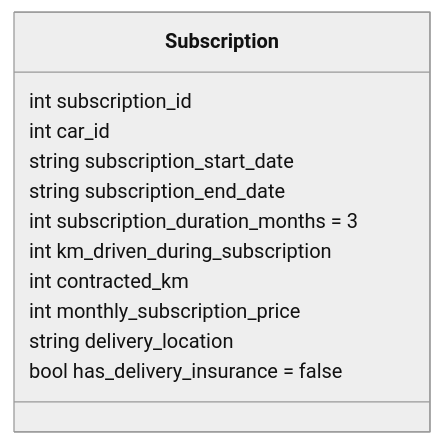
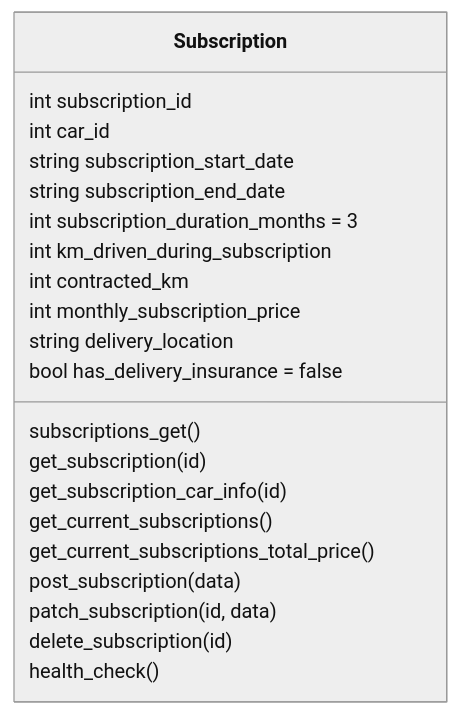
One commit to Bilabonnement-eksamensopgave-2024/abonnement-microservice changed the diagram in README.md. Above: the diagram before and after it, drawn with Mermaid (neutral theme).

Commit message:
mermaid fixed

````diff
--- a/README.md
+++ b/README.md
@@ -33,15 +33,24 @@
 ```mermaid
 classDiagram
     class Subscription {
         int subscription_id
         int car_id
         string subscription_start_date
         string subscription_end_date
         int subscription_duration_months = 3
         int km_driven_during_subscription
         int contracted_km
         int monthly_subscription_price
         string delivery_location
         bool has_delivery_insurance = false
+        subscriptions_get()
+        get_subscription(id)
+        get_subscription_car_info(id)
+        get_current_subscriptions()
+        get_current_subscriptions_total_price()
+        post_subscription(data)
+        patch_subscription(id, data)
+        delete_subscription(id)
+        health_check()
     }
 ```
````
